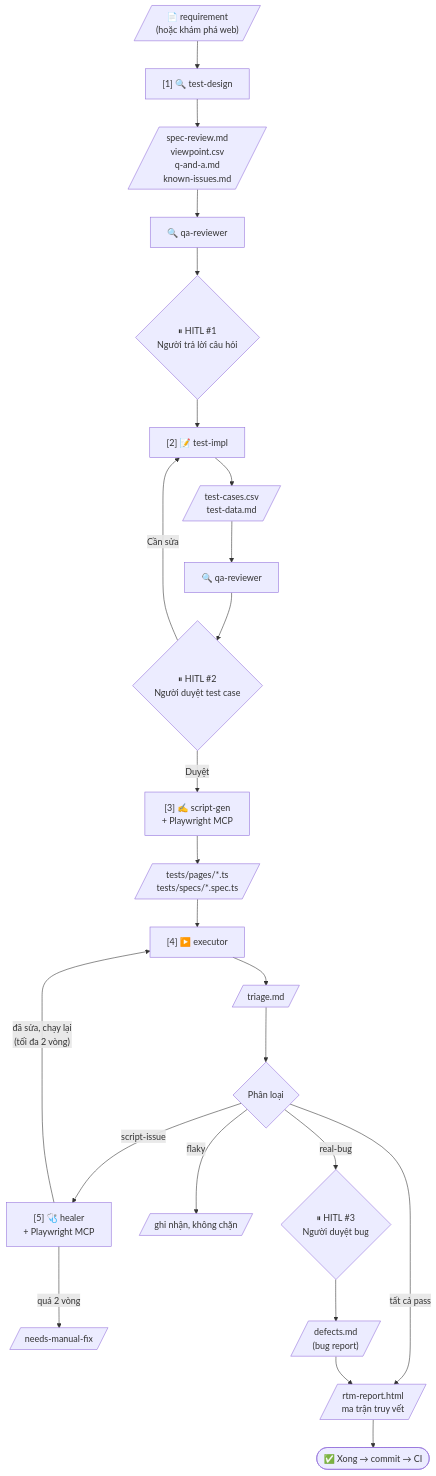
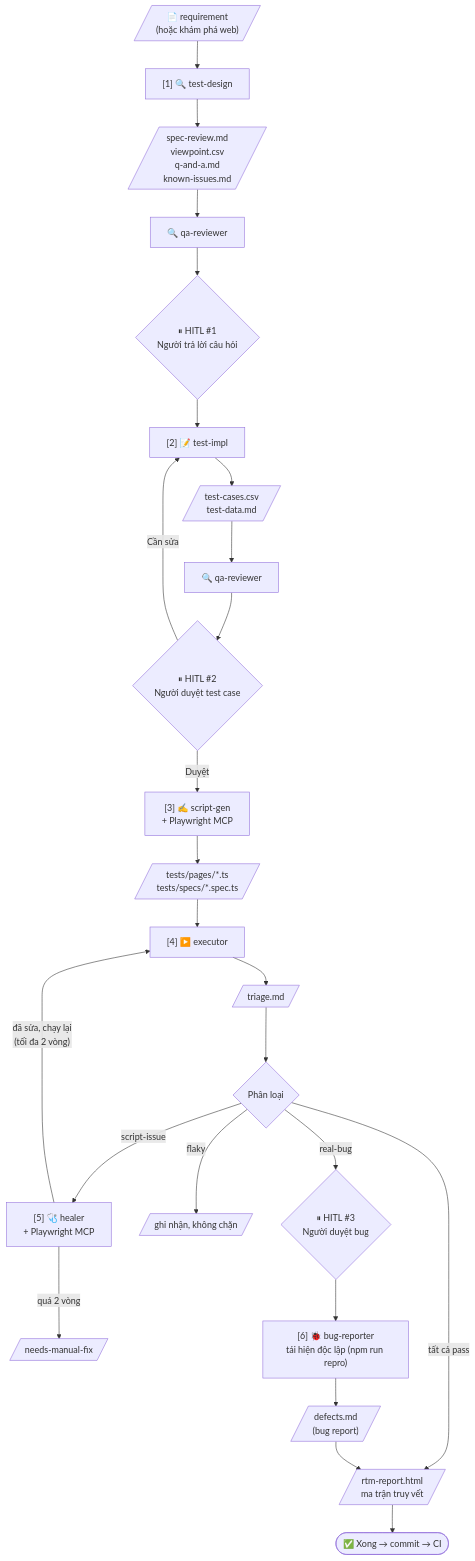
One commit to MyHanhYuuki/playwright-ai-qa-portfolio changed the diagram in docs/ai-agent-workflow.md. Above: the diagram before and after it, drawn with Mermaid. The commit also changed other lines of this file and 9 other files, not shown here.

First line of the commit message:
docs(agents): thêm agent bug-reporter chuẩn ISTQB, cập nhật mẫu định dạng cho feature sau

````diff
--- a/docs/ai-agent-workflow.md
+++ b/docs/ai-agent-workflow.md
@@ -69,26 +75,27 @@
 ```mermaid
 flowchart TD
     R[/"📄 requirement<br/>(hoặc khám phá web)"/] --> TD["[1] 🔍 test-design"]
     TD --> A1[/"spec-review.md<br/>viewpoint.csv<br/>q-and-a.md<br/>known-issues.md"/]
     A1 --> RV1["🔍 qa-reviewer"]
     RV1 --> H1{"⏸ HITL #1<br/>Người trả lời câu hỏi"}
     H1 --> TI["[2] 📝 test-impl"]
     TI --> A2[/"test-cases.csv<br/>test-data.md"/]
     A2 --> RV2["🔍 qa-reviewer"]
     RV2 --> H2{"⏸ HITL #2<br/>Người duyệt test case"}
     H2 -- "Cần sửa" --> TI
     H2 -- "Duyệt" --> SG["[3] ✍️ script-gen<br/>+ Playwright MCP"]
     SG --> A3[/"tests/pages/*.ts<br/>tests/specs/*.spec.ts"/]
     A3 --> EX["[4] ▶️ executor"]
     EX --> A4[/"triage.md"/]
     A4 --> Q{"Phân loại"}
     Q -- "script-issue" --> HE["[5] 🩺 healer<br/>+ Playwright MCP"]
     HE -- "đã sửa, chạy lại<br/>(tối đa 2 vòng)" --> EX
     HE -- "quá 2 vòng" --> MF[/"needs-manual-fix"/]
     Q -- "flaky" --> FL[/"ghi nhận, không chặn"/]
     Q -- "real-bug" --> H3{"⏸ HITL #3<br/>Người duyệt bug"}
     Q -- "tất cả pass" --> RTM
-    H3 --> DF[/"defects.md<br/>(bug report)"/]
+    H3 --> BR["[6] 🐞 bug-reporter<br/>tái hiện độc lập (npm run repro)"]
+    BR --> DF[/"defects.md<br/>(bug report)"/]
     DF --> RTM[/"rtm-report.html<br/>ma trận truy vết"/]
     RTM --> DONE(["✅ Xong → commit → CI"])
 ```
````
